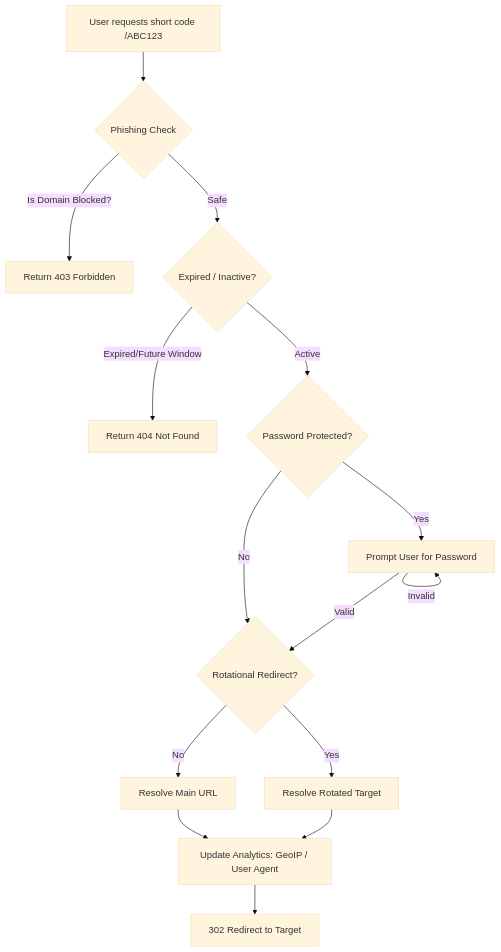
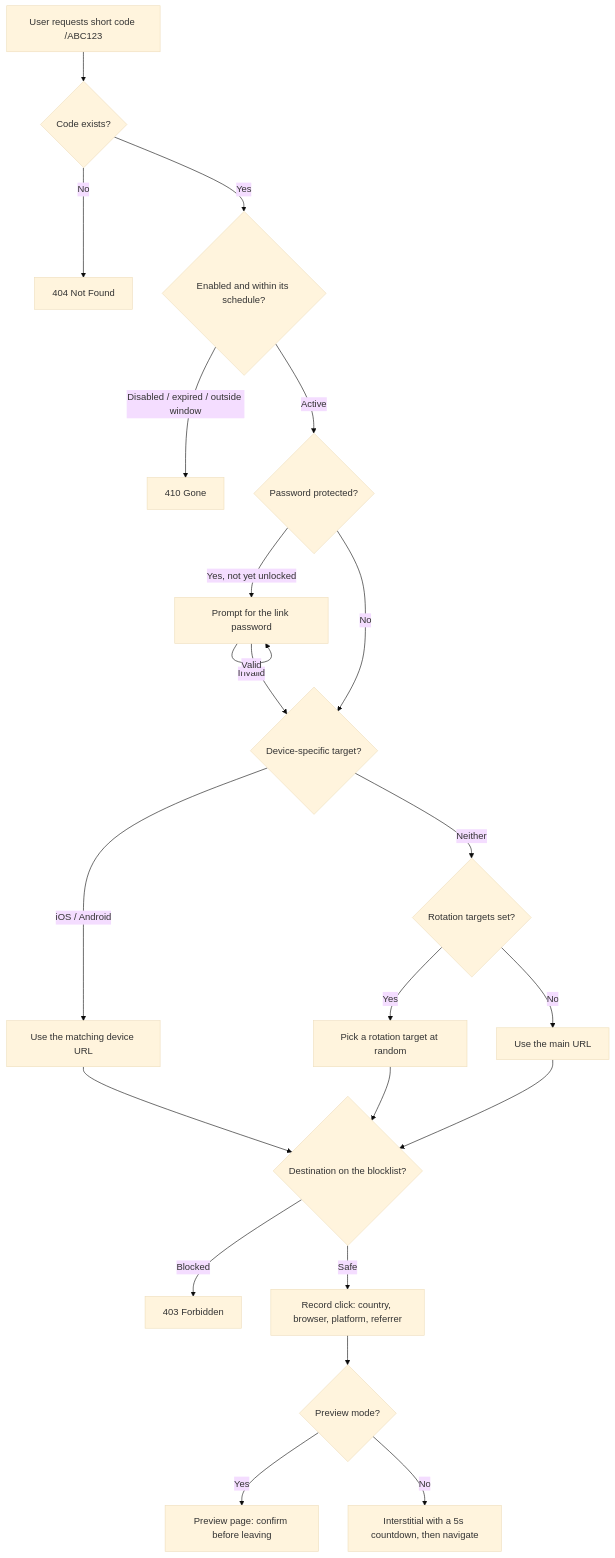
One commit to arumes31/redrx changed the diagram in README.md. Above: the diagram before and after it, drawn with Mermaid (base theme). The commit also changed other lines of this file and 65 other files, not shown here.

Commit message:
feat: implement full-stack URL shortener application with user authentication, analytics tracking, and rate limiting

````diff
--- a/README.md
+++ b/README.md
@@ -56,17 +56,24 @@
 ```mermaid
 graph TD
-    A[User requests short code /ABC123] --> B{Phishing Check}
-    B -- Is Domain Blocked? --> C[Return 403 Forbidden]
-    B -- Safe --> D{Expired / Inactive?}
-    D -- Expired/Future Window --> E[Return 404 Not Found]
-    D -- Active --> F{Password Protected?}
-    F -- Yes --> G[Prompt User for Password]
+    A[User requests short code /ABC123] --> B{Code exists?}
+    B -- No --> C[404 Not Found]
+    B -- Yes --> D{Enabled and within its schedule?}
+    D -- Disabled / expired / outside window --> E[410 Gone]
+    D -- Active --> F{Password protected?}
+    F -- Yes, not yet unlocked --> G[Prompt for the link password]
     G -- Invalid --> G
-    G -- Valid --> H{Rotational Redirect?}
+    G -- Valid --> H{Device-specific target?}
     F -- No --> H
-    H -- Yes --> I[Resolve Rotated Target]
-    H -- No --> J[Resolve Main URL]
-    I --> K[Update Analytics: GeoIP / User Agent]
-    J --> K
-    K --> L[302 Redirect to Target]
+    H -- iOS / Android --> I[Use the matching device URL]
+    H -- Neither --> J{Rotation targets set?}
+    J -- Yes --> K[Pick a rotation target at random]
+    J -- No --> L[Use the main URL]
+    I --> M{Destination on the blocklist?}
+    K --> M
+    L --> M
+    M -- Blocked --> N[403 Forbidden]
+    M -- Safe --> O[Record click: country, browser, platform, referrer]
+    O --> P{Preview mode?}
+    P -- Yes --> Q[Preview page: confirm before leaving]
+    P -- No --> R[Interstitial with a 5s countdown, then navigate]
 ```
````
